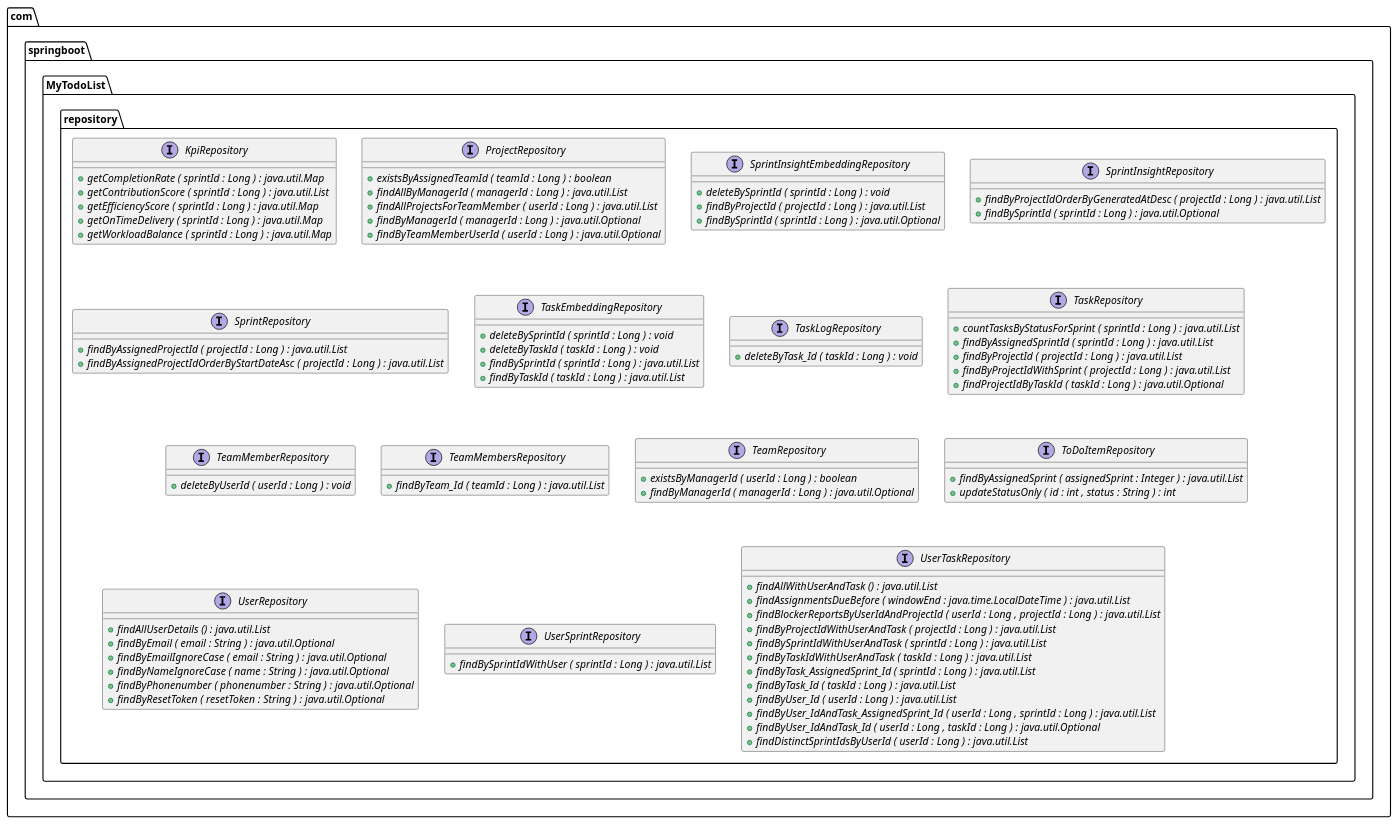
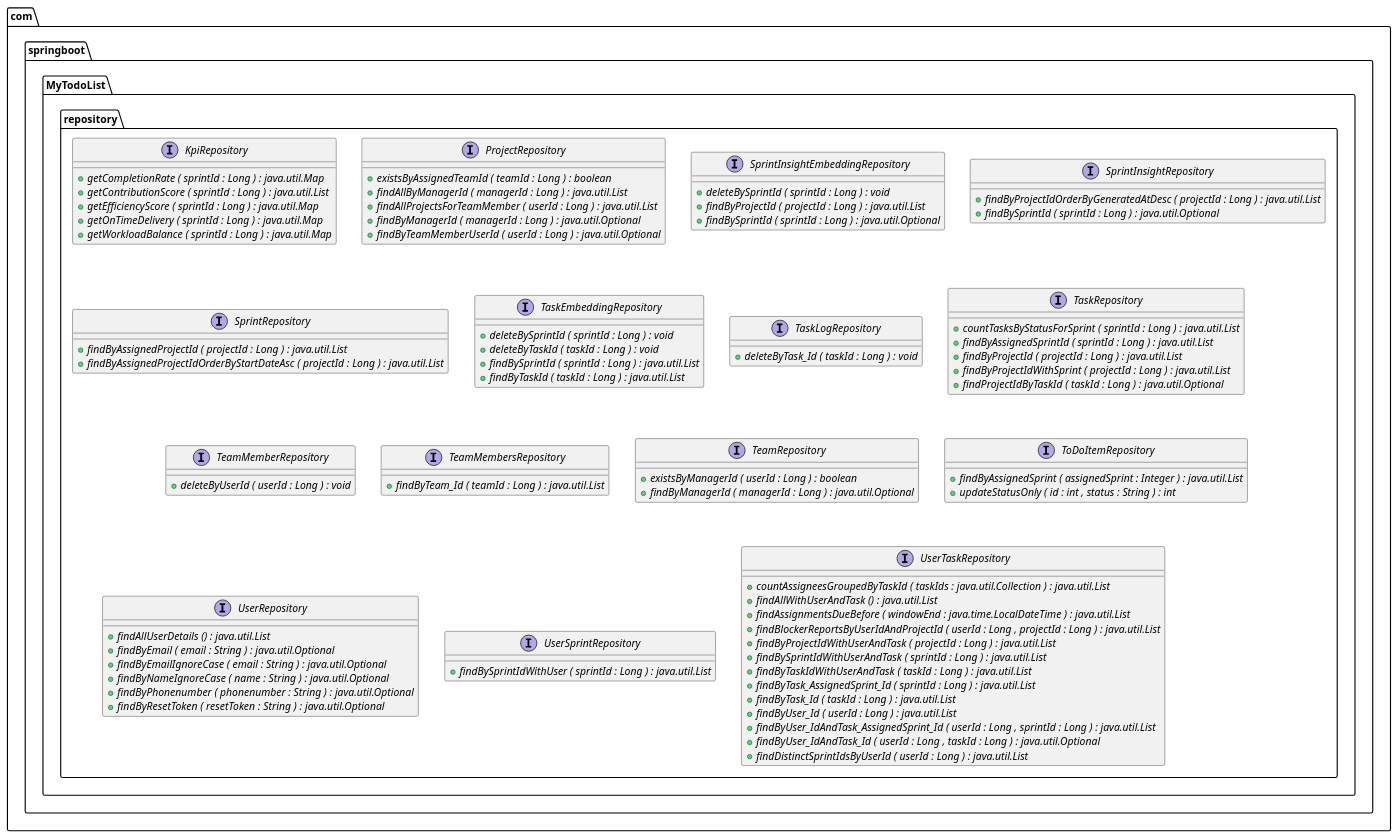
The diagram in docs/diagrams/repository.puml (JimenaD-creator/oci_devops_project), drawn with PlantUML before and after one commit. The commit also changed 3 other files, not shown here.

Commit message:
docs: regenerate PlantUML diagrams

```diff
--- a/docs/diagrams/repository.puml
+++ b/docs/diagrams/repository.puml
@@ -1,119 +1,120 @@
 @startuml
 
 interface com.springboot.MyTodoList.repository.KpiRepository {
 	{method}  {abstract} +getCompletionRate ( sprintId : Long ) : java.util.Map
 	{method}  {abstract} +getContributionScore ( sprintId : Long ) : java.util.List
 	{method}  {abstract} +getEfficiencyScore ( sprintId : Long ) : java.util.Map
 	{method}  {abstract} +getOnTimeDelivery ( sprintId : Long ) : java.util.Map
 	{method}  {abstract} +getWorkloadBalance ( sprintId : Long ) : java.util.Map
 }
 
 
 interface com.springboot.MyTodoList.repository.ProjectRepository {
 	{method}  {abstract} +existsByAssignedTeamId ( teamId : Long ) : boolean
 	{method}  {abstract} +findAllByManagerId ( managerId : Long ) : java.util.List
 	{method}  {abstract} +findAllProjectsForTeamMember ( userId : Long ) : java.util.List
 	{method}  {abstract} +findByManagerId ( managerId : Long ) : java.util.Optional
 	{method}  {abstract} +findByTeamMemberUserId ( userId : Long ) : java.util.Optional
 }
 
 
 interface com.springboot.MyTodoList.repository.SprintInsightEmbeddingRepository {
 	{method}  {abstract} +deleteBySprintId ( sprintId : Long ) : void
 	{method}  {abstract} +findByProjectId ( projectId : Long ) : java.util.List
 	{method}  {abstract} +findBySprintId ( sprintId : Long ) : java.util.Optional
 }
 
 
 interface com.springboot.MyTodoList.repository.SprintInsightRepository {
 	{method}  {abstract} +findByProjectIdOrderByGeneratedAtDesc ( projectId : Long ) : java.util.List
 	{method}  {abstract} +findBySprintId ( sprintId : Long ) : java.util.Optional
 }
 
 
 interface com.springboot.MyTodoList.repository.SprintRepository {
 	{method}  {abstract} +findByAssignedProjectId ( projectId : Long ) : java.util.List
 	{method}  {abstract} +findByAssignedProjectIdOrderByStartDateAsc ( projectId : Long ) : java.util.List
 }
 
 
 interface com.springboot.MyTodoList.repository.TaskEmbeddingRepository {
 	{method}  {abstract} +deleteBySprintId ( sprintId : Long ) : void
 	{method}  {abstract} +deleteByTaskId ( taskId : Long ) : void
 	{method}  {abstract} +findBySprintId ( sprintId : Long ) : java.util.List
 	{method}  {abstract} +findByTaskId ( taskId : Long ) : java.util.List
 }
 
 
 interface com.springboot.MyTodoList.repository.TaskLogRepository {
 	{method}  {abstract} +deleteByTask_Id ( taskId : Long ) : void
 }
 
 
 interface com.springboot.MyTodoList.repository.TaskRepository {
 	{method}  {abstract} +countTasksByStatusForSprint ( sprintId : Long ) : java.util.List
 	{method}  {abstract} +findByAssignedSprintId ( sprintId : Long ) : java.util.List
 	{method}  {abstract} +findByProjectId ( projectId : Long ) : java.util.List
 	{method}  {abstract} +findByProjectIdWithSprint ( projectId : Long ) : java.util.List
 	{method}  {abstract} +findProjectIdByTaskId ( taskId : Long ) : java.util.Optional
 }
 
 
 interface com.springboot.MyTodoList.repository.TeamMemberRepository {
 	{method}  {abstract} +deleteByUserId ( userId : Long ) : void
 }
 
 
 interface com.springboot.MyTodoList.repository.TeamMembersRepository {
 	{method}  {abstract} +findByTeam_Id ( teamId : Long ) : java.util.List
 }
 
 
 interface com.springboot.MyTodoList.repository.TeamRepository {
 	{method}  {abstract} +existsByManagerId ( userId : Long ) : boolean
 	{method}  {abstract} +findByManagerId ( managerId : Long ) : java.util.Optional
 }
 
 
 interface com.springboot.MyTodoList.repository.ToDoItemRepository {
 	{method}  {abstract} +findByAssignedSprint ( assignedSprint : Integer ) : java.util.List
 	{method}  {abstract} +updateStatusOnly ( id : int , status : String ) : int
 }
 
 
 interface com.springboot.MyTodoList.repository.UserRepository {
 	{method}  {abstract} +findAllUserDetails () : java.util.List
 	{method}  {abstract} +findByEmail ( email : String ) : java.util.Optional
 	{method}  {abstract} +findByEmailIgnoreCase ( email : String ) : java.util.Optional
 	{method}  {abstract} +findByNameIgnoreCase ( name : String ) : java.util.Optional
 	{method}  {abstract} +findByPhonenumber ( phonenumber : String ) : java.util.Optional
 	{method}  {abstract} +findByResetToken ( resetToken : String ) : java.util.Optional
 }
 
 
 interface com.springboot.MyTodoList.repository.UserSprintRepository {
 	{method}  {abstract} +findBySprintIdWithUser ( sprintId : Long ) : java.util.List
 }
 
 
 interface com.springboot.MyTodoList.repository.UserTaskRepository {
+	{method}  {abstract} +countAssigneesGroupedByTaskId ( taskIds : java.util.Collection ) : java.util.List
 	{method}  {abstract} +findAllWithUserAndTask () : java.util.List
 	{method}  {abstract} +findAssignmentsDueBefore ( windowEnd : java.time.LocalDateTime ) : java.util.List
 	{method}  {abstract} +findBlockerReportsByUserIdAndProjectId ( userId : Long , projectId : Long ) : java.util.List
 	{method}  {abstract} +findByProjectIdWithUserAndTask ( projectId : Long ) : java.util.List
 	{method}  {abstract} +findBySprintIdWithUserAndTask ( sprintId : Long ) : java.util.List
 	{method}  {abstract} +findByTaskIdWithUserAndTask ( taskId : Long ) : java.util.List
 	{method}  {abstract} +findByTask_AssignedSprint_Id ( sprintId : Long ) : java.util.List
 	{method}  {abstract} +findByTask_Id ( taskId : Long ) : java.util.List
 	{method}  {abstract} +findByUser_Id ( userId : Long ) : java.util.List
 	{method}  {abstract} +findByUser_IdAndTask_AssignedSprint_Id ( userId : Long , sprintId : Long ) : java.util.List
 	{method}  {abstract} +findByUser_IdAndTask_Id ( userId : Long , taskId : Long ) : java.util.Optional
 	{method}  {abstract} +findDistinctSprintIdsByUserId ( userId : Long ) : java.util.List
 }
 
 
 
 
 
 
 @enduml
```
